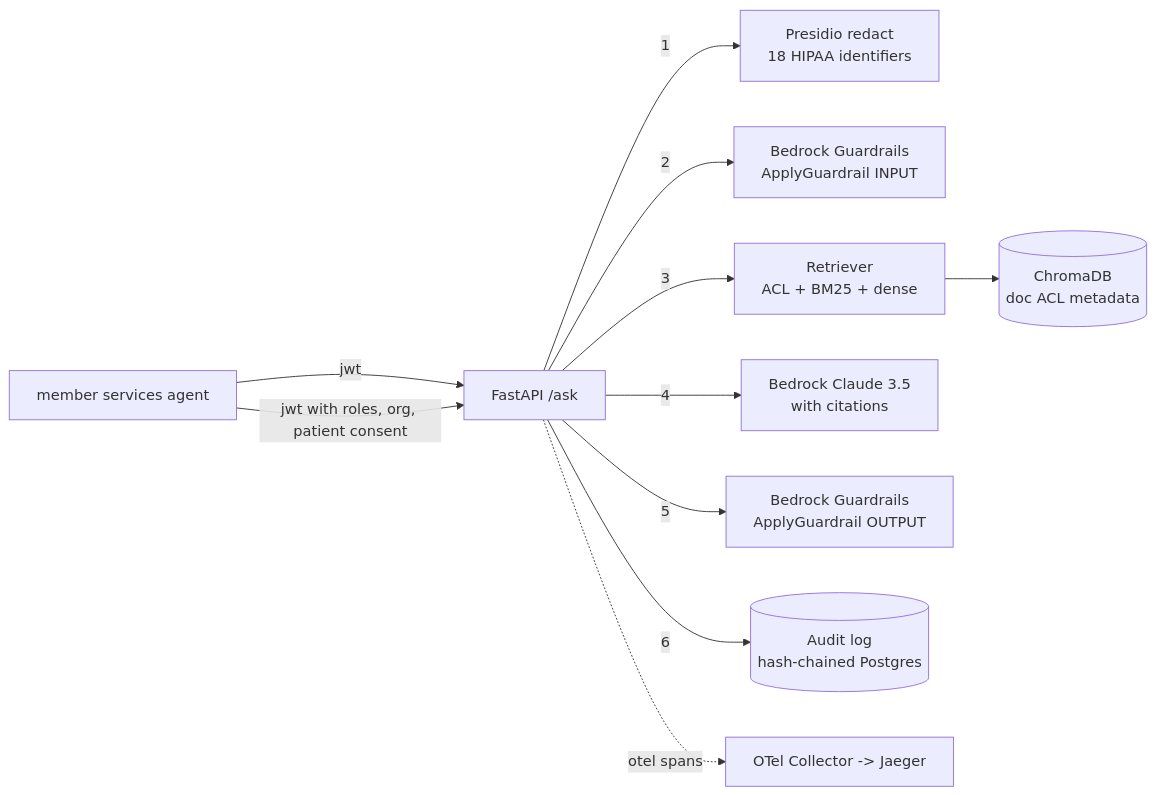
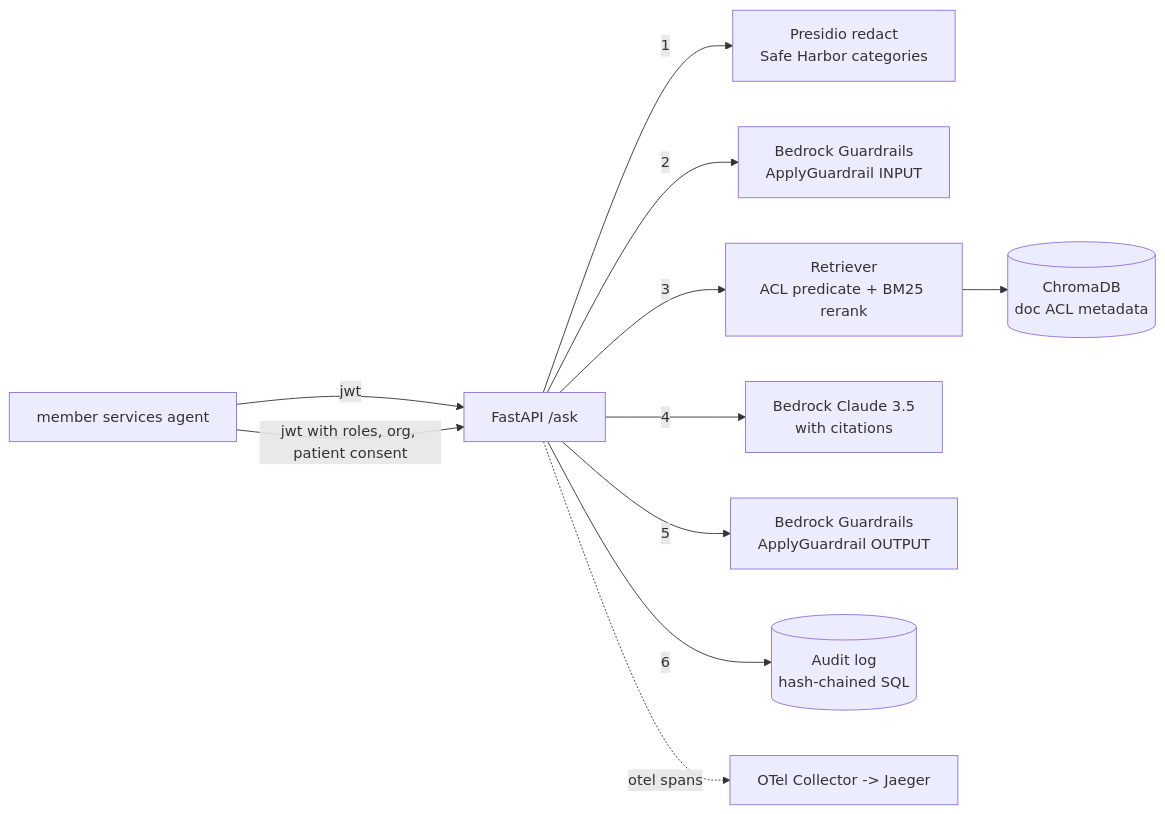
The diagram in README.md (sudsho/compliance-rag-pii-redaction), drawn with Mermaid before and after one commit. The commit also changed other lines of this file and 12 other files, not shown here.

````diff
--- a/README.md
+++ b/README.md
@@ -18,13 +37,13 @@
 ```mermaid
 flowchart LR
     U[member services agent] -->|jwt| API[FastAPI /ask]
-    API -->|1| RED[Presidio redact<br/>18 HIPAA identifiers]
+    API -->|1| RED[Presidio redact<br/>Safe Harbor categories]
     API -->|2| GP[Bedrock Guardrails<br/>ApplyGuardrail INPUT]
-    API -->|3| RET[Retriever<br/>ACL + BM25 + dense]
+    API -->|3| RET[Retriever<br/>ACL predicate + BM25 rerank]
     RET --> CHR[(ChromaDB<br/>doc ACL metadata)]
     API -->|4| GEN[Bedrock Claude 3.5<br/>with citations]
     API -->|5| GR[Bedrock Guardrails<br/>ApplyGuardrail OUTPUT]
-    API -->|6| AUD[(Audit log<br/>hash-chained Postgres)]
+    API -->|6| AUD[(Audit log<br/>hash-chained SQL)]
     API -.otel spans.-> OT[OTel Collector -> Jaeger]
     U -->|jwt with roles, org, patient consent| API
 ```
````
